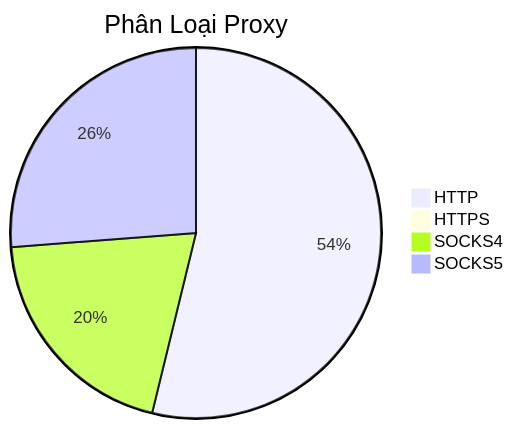
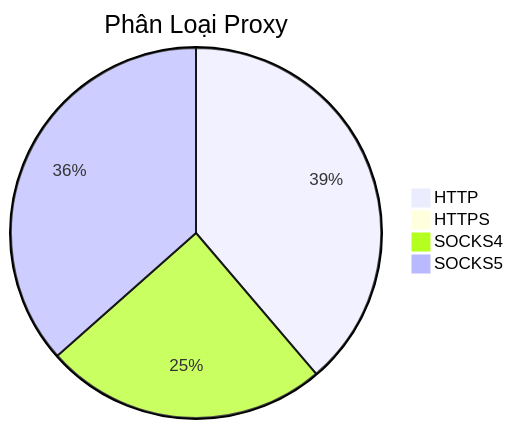
Before and after one commit to Ciara-12/PROXY-free: the diagram in README.md, drawn with Mermaid. The commit also changed other lines of this file and 4 other files, not shown here.

````diff
--- a/README.md
+++ b/README.md
@@ -26,7 +26,7 @@
 ```mermaid
 pie title Phân Loại Proxy
-    "HTTP" : 714
-    "HTTPS" : 1
-    "SOCKS4" : 265
-    "SOCKS5" : 348
+    "HTTP" : 331
+    "HTTPS" : 3
+    "SOCKS4" : 211
+    "SOCKS5" : 312
 ```
````
